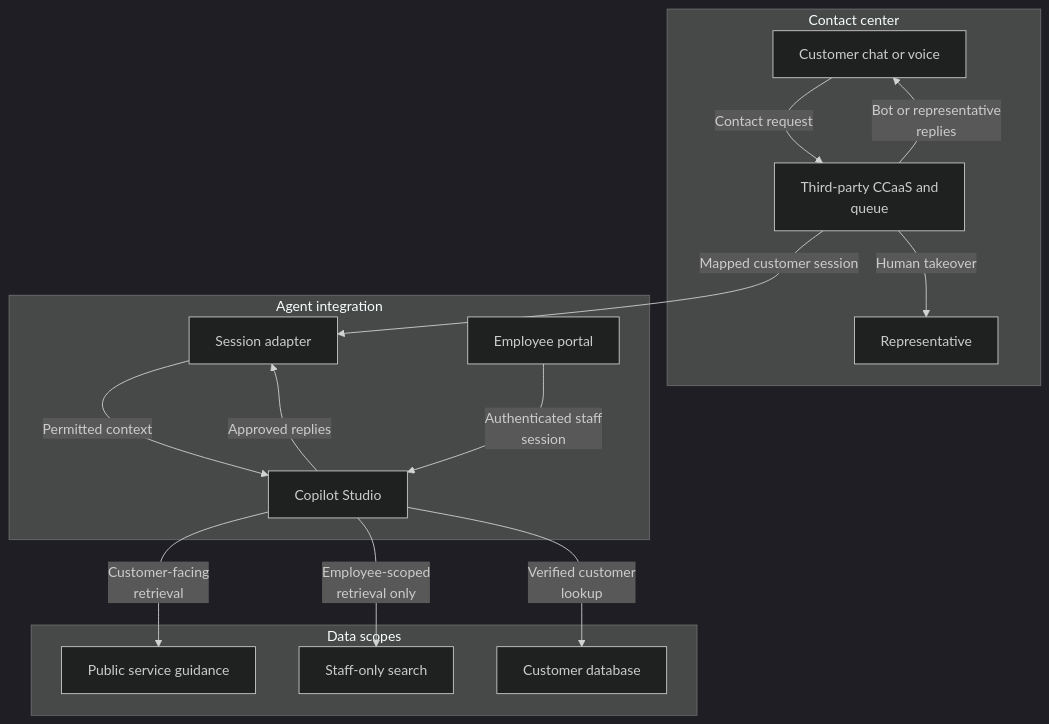
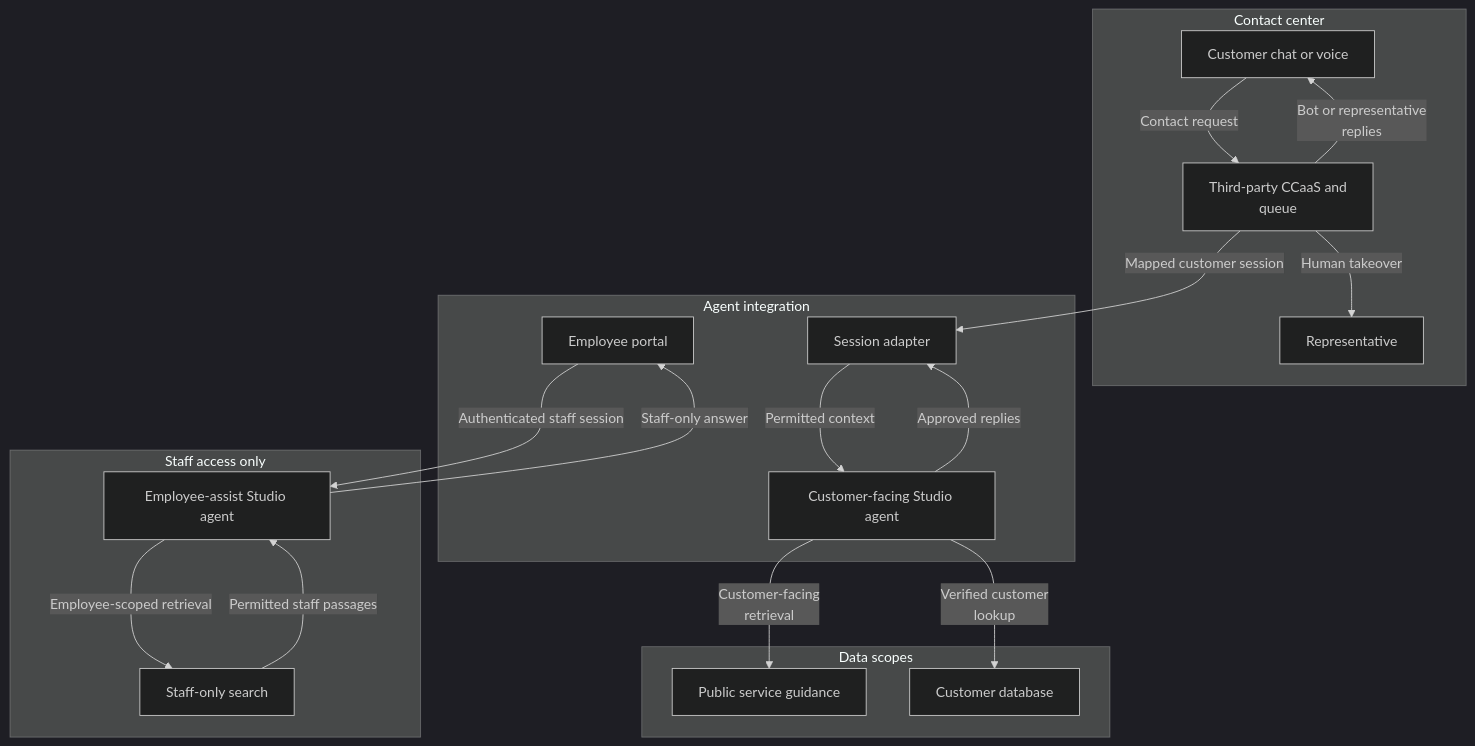
One commit to abhishek-ai-enabler/copilotstudio-architecture-patterns changed the first of 2 diagrams in solution-ideas/custom-contact-center.md. Above: the diagram before and after it, drawn with Mermaid (dark theme). The commit also changed other lines of this file and 168 other files, not shown here.

First line of the commit message:
Validate AI architecture reviews and illustrate every technical flow

````diff
--- a/solution-ideas/custom-contact-center.md
+++ b/solution-ideas/custom-contact-center.md
@@ -7,30 +7,35 @@
 ```mermaid
 flowchart TB
     accTitle: Add Copilot Studio to an existing third-party contact center - architecture
     accDescr: Keep queue ownership with the existing contact center. Approve public and staff knowledge paths separately; the adapter must not turn a customer session into an employee session.
     subgraph group0["Contact center"]
         U["Customer chat or voice"]
         Q["Third-party CCaaS and<br/>queue"]
         H["Representative"]
     end
     subgraph group3["Agent integration"]
         B["Session adapter"]
-        A["Copilot Studio"]
+        A["Customer-facing Studio agent"]
         E["Employee portal"]
+    end
+    subgraph staff["Staff access only"]
+        X["Employee-assist Studio agent"]
+        I["Staff-only search"]
     end
     subgraph group6["Data scopes"]
         K["Public service guidance"]
-        I["Staff-only search"]
         D["Customer database"]
     end
     U -->|"Contact request"| Q
     Q -->|"Mapped customer session"| B
     B -->|"Permitted context"| A
-    E -->|"Authenticated staff<br/>session"| A
+    E -->|"Authenticated staff session"| X
     A -->|"Customer-facing<br/>retrieval"| K
-    A -->|"Employee-scoped<br/>retrieval only"| I
+    X -->|"Employee-scoped retrieval"| I
+    I -->|"Permitted staff passages"| X
+    X -->|"Staff-only answer"| E
     A -->|"Verified customer<br/>lookup"| D
     Q -->|"Human takeover"| H
     A -->|"Approved replies"| B
     Q -->|"Bot or representative<br/>replies"| U
 ```
````
